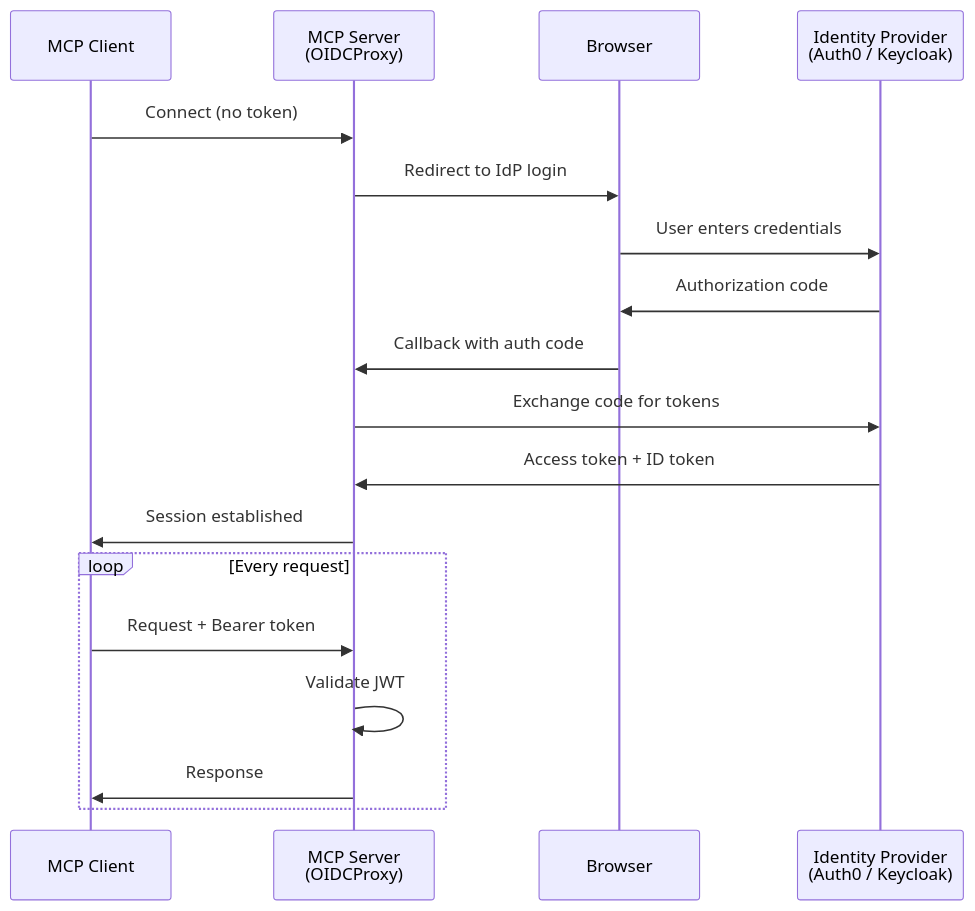
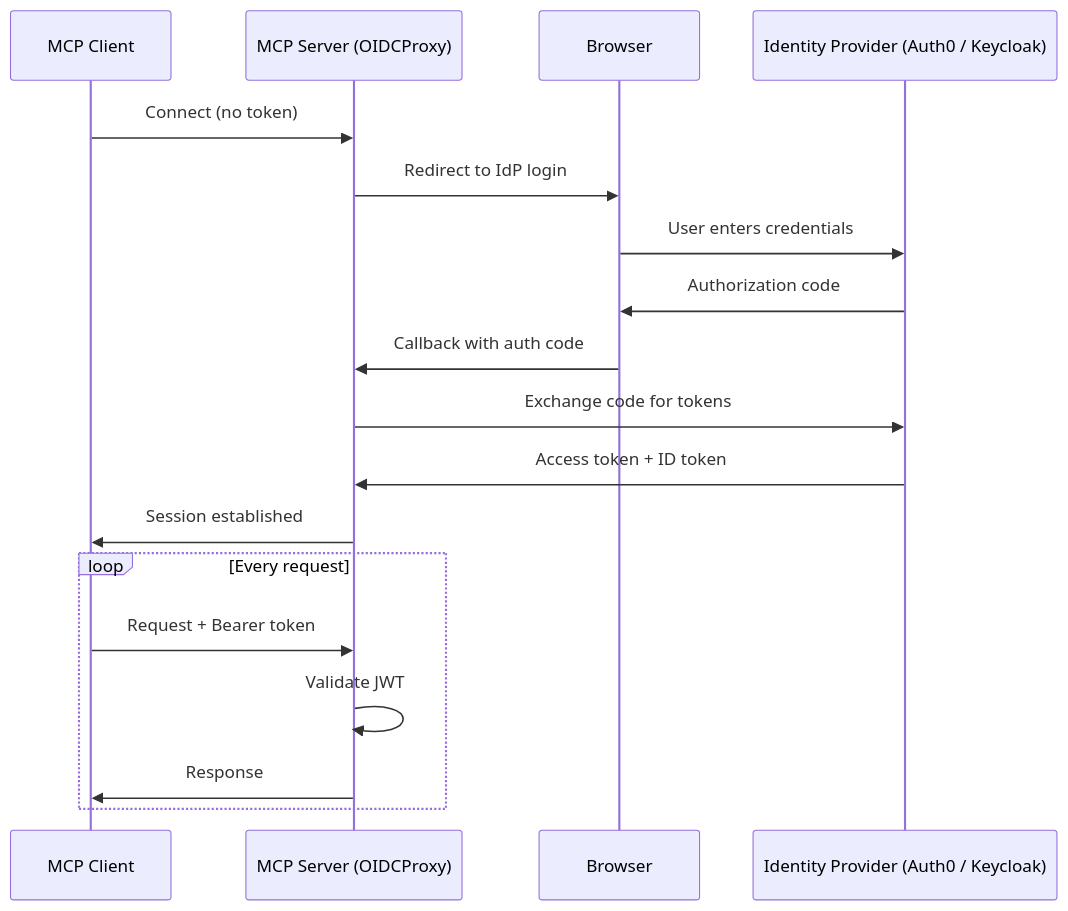
The first of 2 diagrams in docs/authentication/index.md (ActianCorp/mcp-server-docs), drawn with Mermaid before and after one commit. The commit also changed other lines of this file and 2 other files, not shown here.

````diff
--- a/docs/authentication/index.md
+++ b/docs/authentication/index.md
@@ -17,22 +16,23 @@
 ```mermaid
+%%{init: {'theme': 'default', 'themeVariables': {'fontSize': '20px'}}}%%
 sequenceDiagram
     participant Client as MCP Client
-    participant Server as MCP Server<br/>(OIDCProxy)
+    participant Server as MCP Server (OIDCProxy)
     participant Browser as Browser
-    participant IdP as Identity Provider<br/>(Auth0 / Keycloak)
+    participant IdP as Identity Provider (Auth0 / Keycloak)
 
     Client->>Server: Connect (no token)
     Server->>Browser: Redirect to IdP login
     Browser->>IdP: User enters credentials
     IdP->>Browser: Authorization code
     Browser->>Server: Callback with auth code
     Server->>IdP: Exchange code for tokens
     IdP->>Server: Access token + ID token
     Server->>Client: Session established
 
     loop Every request
         Client->>Server: Request + Bearer token
         Server->>Server: Validate JWT
         Server->>Client: Response
     end
 ```
````
